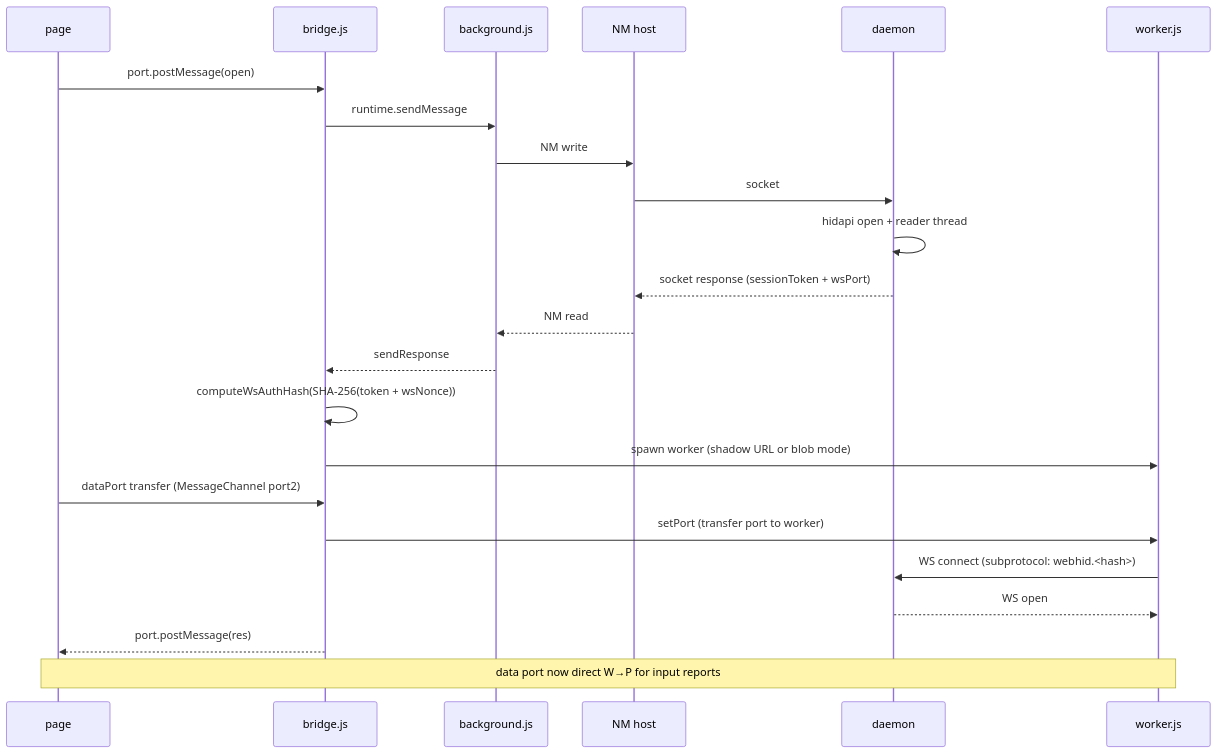
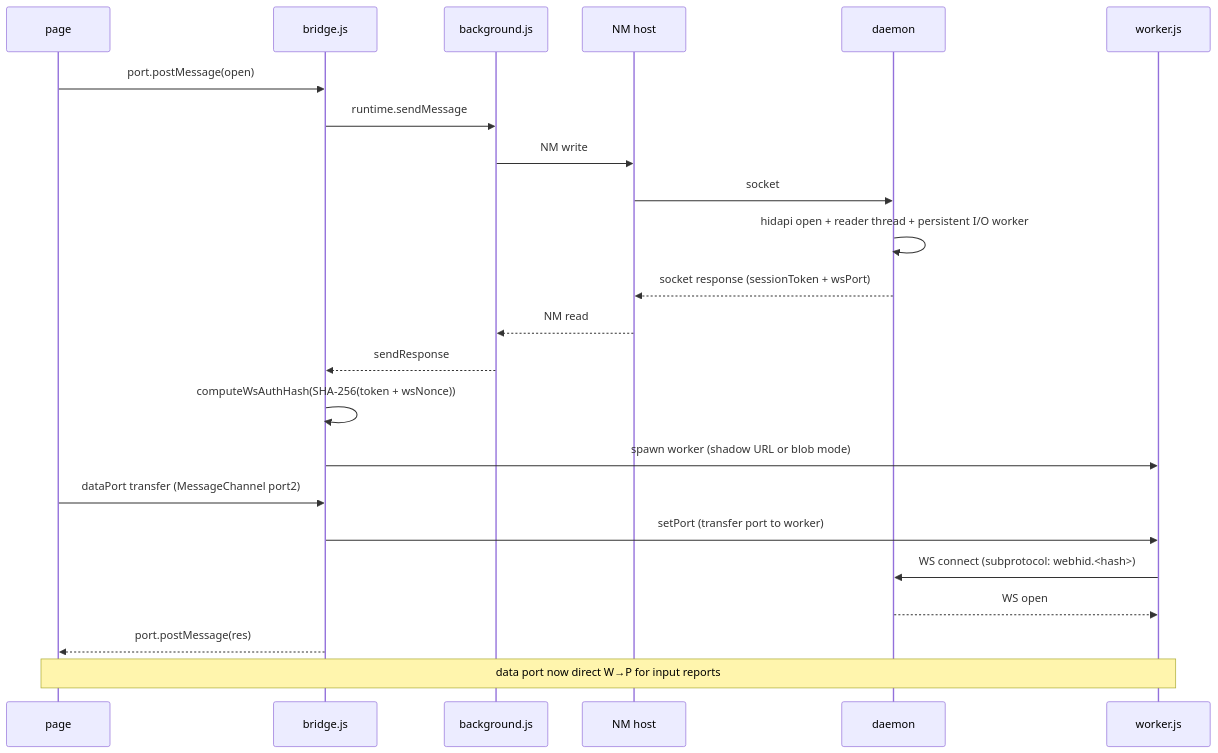
The sixth of 9 diagrams in docs/ARCHITECTURE.md (K4zoku/FF-WebHID), drawn with Mermaid before and after one commit. The commit also changed other lines of this file and 4 other files, not shown here.

````diff
--- a/docs/ARCHITECTURE.md
+++ b/docs/ARCHITECTURE.md
@@ -356,26 +377,26 @@
 ```mermaid
 sequenceDiagram
     participant P as page
     participant B as bridge.js
     participant G as background.js
     participant N as NM host
     participant D as daemon
     participant W as worker.js
 
     P->>B: port.postMessage(open)
     B->>G: runtime.sendMessage
     G->>N: NM write
     N->>D: socket
-    D->>D: hidapi open + reader thread
+    D->>D: hidapi open + reader thread + persistent I/O worker
     D-->>N: socket response (sessionToken + wsPort)
     N-->>G: NM read
     G-->>B: sendResponse
     B->>B: computeWsAuthHash(SHA-256(token + wsNonce))
     B->>W: spawn worker (shadow URL or blob mode)
     P->>B: dataPort transfer (MessageChannel port2)
     B->>W: setPort (transfer port to worker)
     W->>D: WS connect (subprotocol: webhid.<hash>)
     D-->>W: WS open
     B-->>P: port.postMessage(res)
     Note over P,W: data port now direct W→P for input reports
 ```
````
